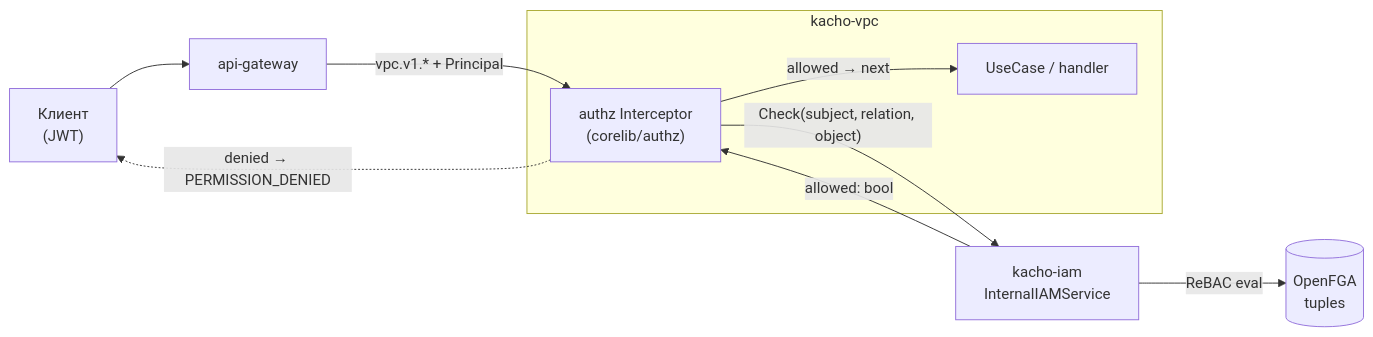
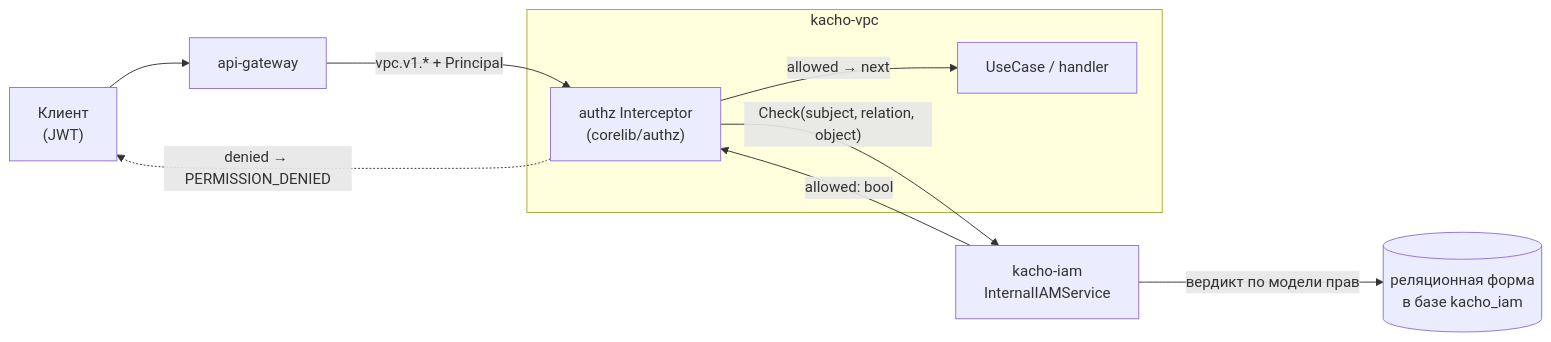
One commit to PRO-Robotech/kacho changed the first of 3 diagrams in services/vpc/docs/content/architecture/authz.mdx. Above: the diagram before and after it, drawn with Mermaid. The commit also changed other lines of this file and 589 other files, not shown here.

First line of the commit message:
feat(iam)!: вердикт о доступе вычисляет только своя база

````diff
--- a/services/vpc/docs/content/architecture/authz.mdx
+++ b/services/vpc/docs/content/architecture/authz.mdx
@@ -36,14 +36,14 @@
 ```mermaid
 flowchart LR
   cli["Клиент<br/>(JWT)"] --> agw["api-gateway"]
   agw -->|"vpc.v1.* + Principal"| icpt
   subgraph vpc["kacho-vpc"]
     icpt["authz Interceptor<br/>(corelib/authz)"]
     uc["UseCase / handler"]
   end
   icpt -->|"Check(subject, relation, object)"| iam["kacho-iam<br/>InternalIAMService"]
-  iam -->|"ReBAC eval"| fga[("OpenFGA<br/>tuples")]
+  iam -->|"вердикт по модели прав"| rel[("реляционная форма<br/>в базе kacho_iam")]
   iam -->|"allowed: bool"| icpt
   icpt -->|"allowed → next"| uc
   icpt -. "denied → PERMISSION_DENIED" .-> cli
 ```
````
